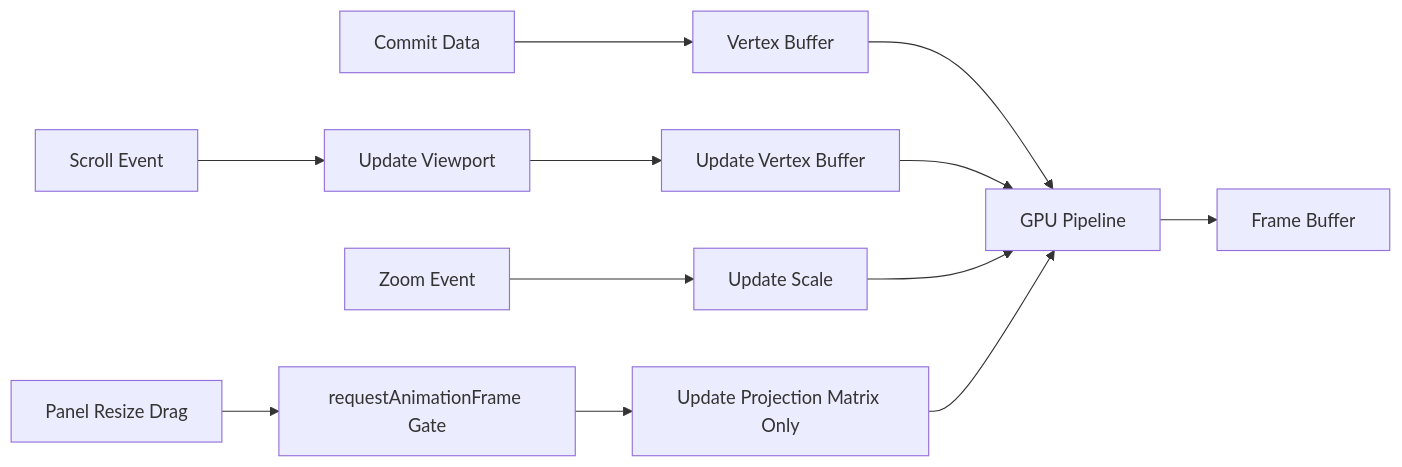
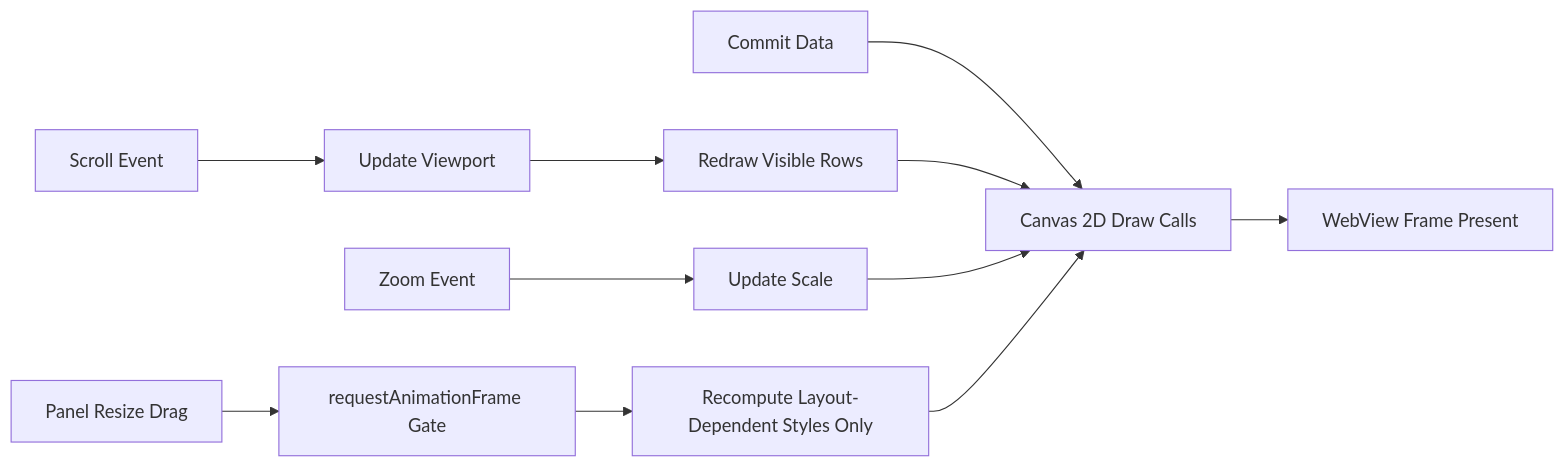
The second of 2 diagrams in design.md (yangsx/gitv), drawn with Mermaid before and after one commit. The commit also changed other lines of this file and 3 other files, not shown here.

````diff
--- a/design.md
+++ b/design.md
@@ -2474,17 +2497,16 @@
 ```mermaid
 graph LR
-    A[Commit Data] --> B[Vertex Buffer]
-    B --> C[GPU Pipeline]
-    C --> D[Frame Buffer]
+    A[Commit Data] --> B[Canvas 2D Draw Calls]
+    B --> C[WebView Frame Present]
 
     E[Scroll Event] --> F[Update Viewport]
-    F --> G[Update Vertex Buffer]
-    G --> C
+    F --> G[Redraw Visible Rows]
+    G --> B
 
     H[Zoom Event] --> I[Update Scale]
-    I --> C
+    I --> B
 
     J[Panel Resize Drag] --> K[requestAnimationFrame Gate]
-    K --> L[Update Projection Matrix Only]
-    L --> C
+    K --> L[Recompute Layout-Dependent Styles Only]
+    L --> B
 ```
````
